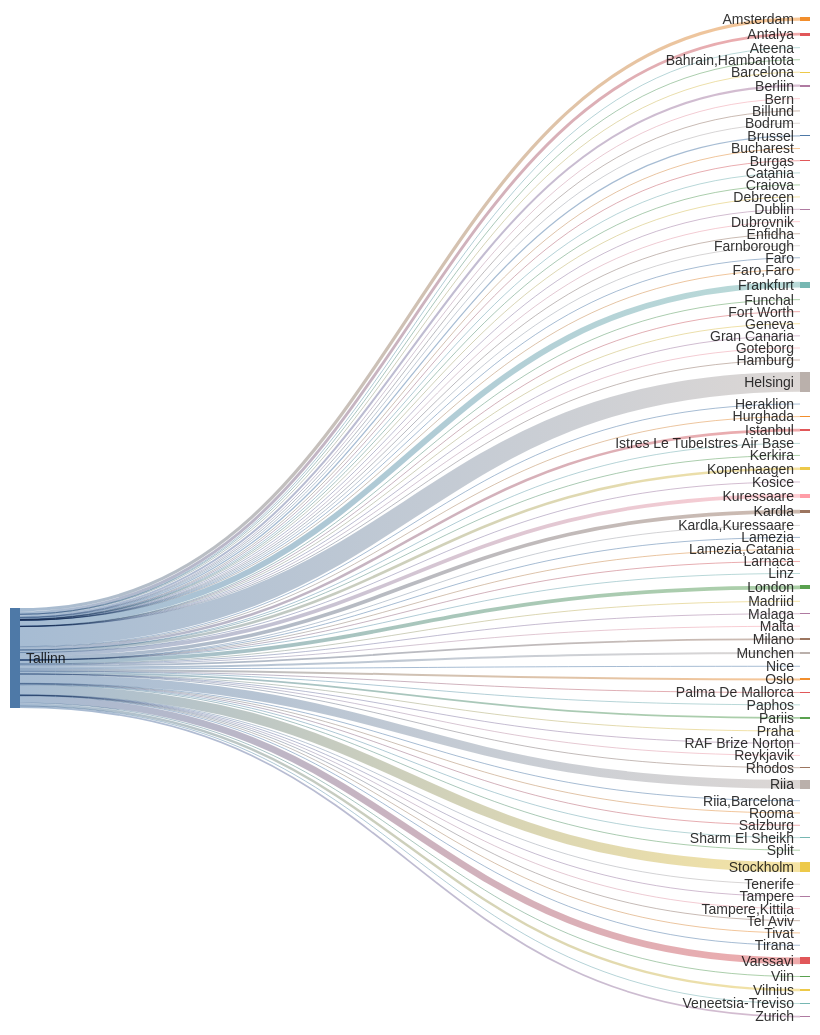
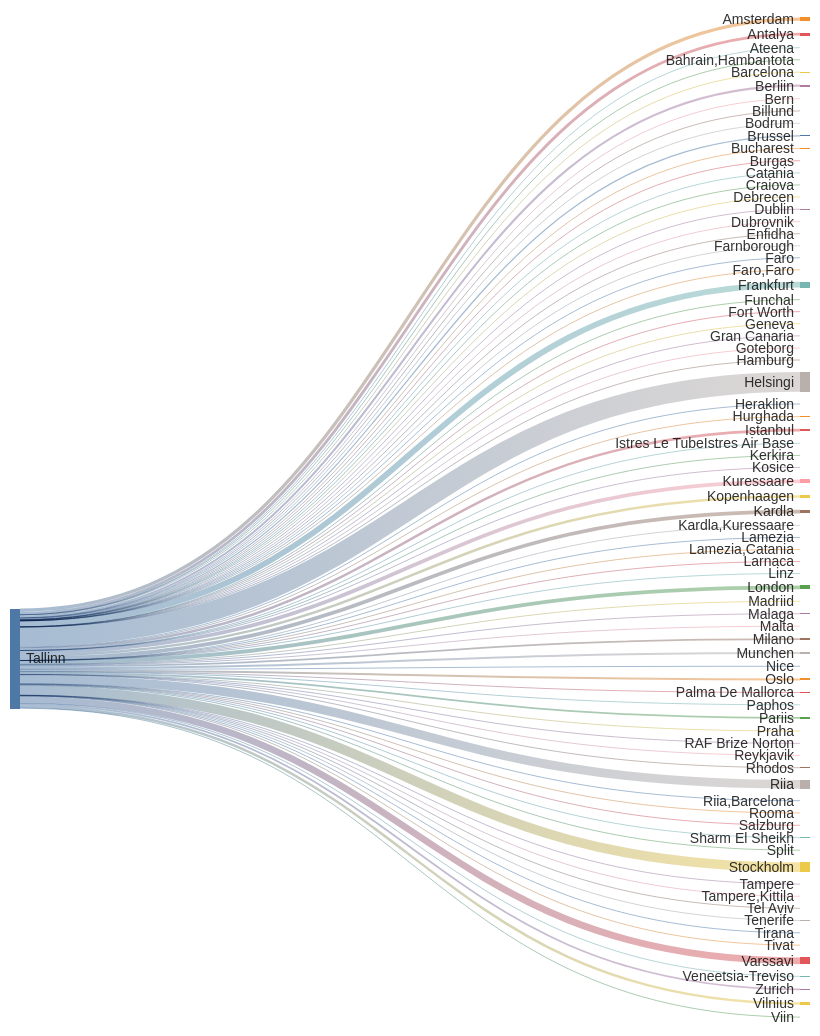
Before and after one commit to rainermesi/tll-airport-departures: the second of 2 diagrams in README.md, drawn with Mermaid. The commit also changed other lines of this file and 1 other file, not shown here.

````diff
--- a/README.md
+++ b/README.md
@@ -41,18 +41,18 @@
 ---
 sankey-beta
 %% source,target,value
-Tallinn,Amsterdam,505
-Tallinn,Antalya,449
+Tallinn,Amsterdam,507
+Tallinn,Antalya,451
 Tallinn,Ateena,16
 Tallinn,"Bahrain,Hambantota",1
 Tallinn,Barcelona,141
-Tallinn,Berliin,318
+Tallinn,Berliin,320
 Tallinn,Bern,1
 Tallinn,Billund,80
 Tallinn,Bodrum,11
-Tallinn,Brussel,195
+Tallinn,Brussel,196
 Tallinn,Bucharest,1
-Tallinn,Burgas,63
+Tallinn,Burgas,64
 Tallinn,Catania,2
 Tallinn,Craiova,1
 Tallinn,Debrecen,1
@@ -63,60 +63,60 @@
 Tallinn,Faro,4
 Tallinn,"Faro,Faro",1
 Tallinn,Fort Worth,1
-Tallinn,Frankfurt,911
+Tallinn,Frankfurt,914
 Tallinn,Funchal,5
 Tallinn,Geneva,13
 Tallinn,Gran Canaria,38
 Tallinn,Goteborg,2
 Tallinn,Hamburg,2
-Tallinn,Helsingi,3069
+Tallinn,Helsingi,3078
 Tallinn,Heraklion,106
 Tallinn,Hurghada,75
-Tallinn,Istanbul,398
+Tallinn,Istanbul,399
 Tallinn,Istres Le TubeIstres Air Base,2
 Tallinn,Kerkira,4
-Tallinn,Kopenhaagen,394
+Tallinn,Kopenhaagen,397
 Tallinn,Kosice,1
-Tallinn,Kuressaare,580
-Tallinn,Kardla,582
+Tallinn,Kuressaare,582
+Tallinn,Kardla,584
 Tallinn,"Kardla,Kuressaare",1
 Tallinn,Lamezia,1
 Tallinn,"Lamezia,Catania",3
 Tallinn,Larnaca,4
 Tallinn,Linz,2
-Tallinn,London,595
+Tallinn,London,597
 Tallinn,Madriid,4
 Tallinn,Malaga,124
 Tallinn,Malta,30
 Tallinn,Milano,275
-Tallinn,Munchen,315
+Tallinn,Munchen,317
 Tallinn,Nice,55
-Tallinn,Oslo,309
+Tallinn,Oslo,310
 Tallinn,Palma De Mallorca,34
 Tallinn,Paphos,66
-Tallinn,Pariis,268
-Tallinn,Praha,89
+Tallinn,Pariis,270
+Tallinn,Praha,90
 Tallinn,RAF Brize Norton,1
 Tallinn,Reykjavik,20
-Tallinn,Rhodos,62
-Tallinn,Riia,1378
+Tallinn,Rhodos,63
+Tallinn,Riia,1382
 Tallinn,"Riia,Barcelona",1
 Tallinn,Rooma,80
 Tallinn,Salzburg,14
 Tallinn,Sharm El Sheikh,104
-Tallinn,Split,55
-Tallinn,Stockholm,1516
+Tallinn,Split,56
+Tallinn,Stockholm,1521
 Tallinn,Tampere,17
 Tallinn,"Tampere,Kittila",21
 Tallinn,Tel Aviv,2
 Tallinn,Tenerife,58
-Tallinn,Tirana,36
+Tallinn,Tirana,37
 Tallinn,Tivat,71
-Tallinn,Varssavi,1056
+Tallinn,Varssavi,1060
 Tallinn,Veneetsia-Treviso,67
 Tallinn,Viin,106
-Tallinn,Vilnius,384
-Tallinn,Zurich,273
+Tallinn,Vilnius,385
+Tallinn,Zurich,274
 
 
 ```
````
